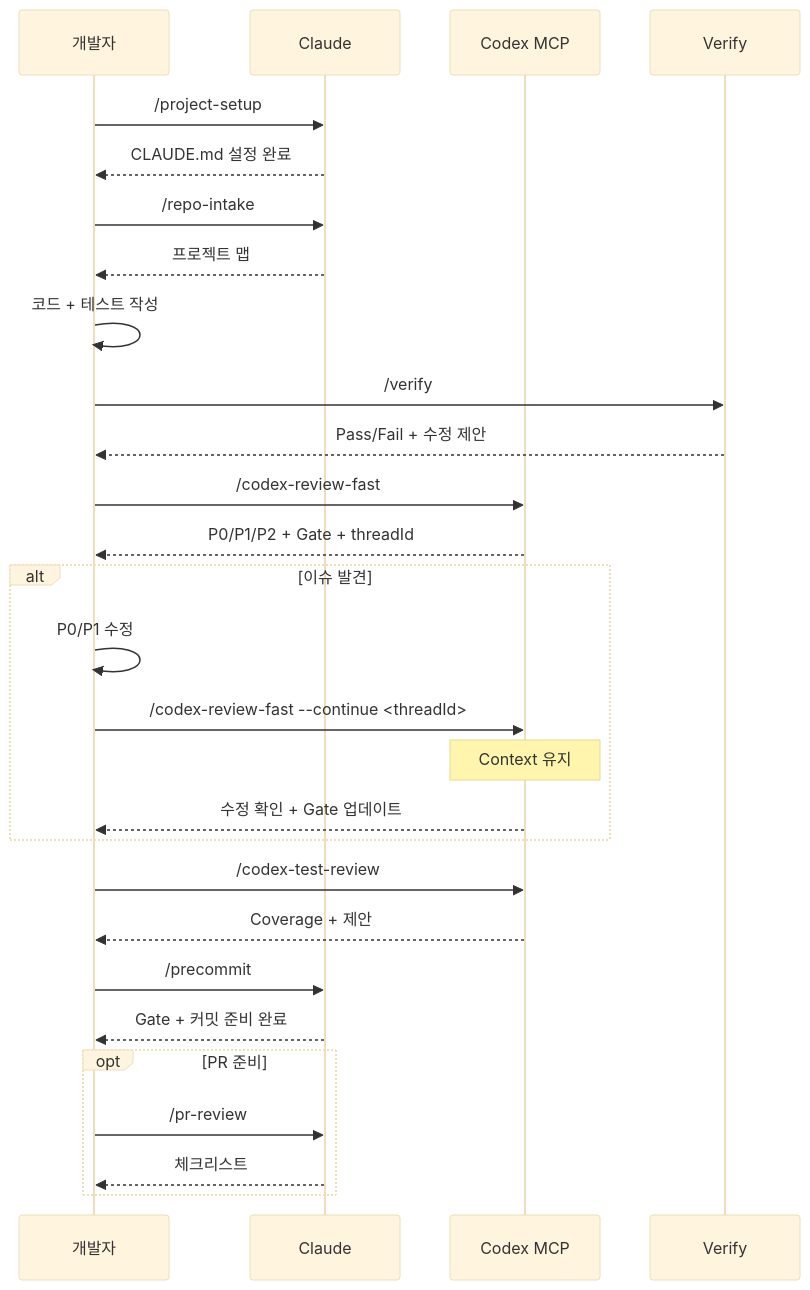
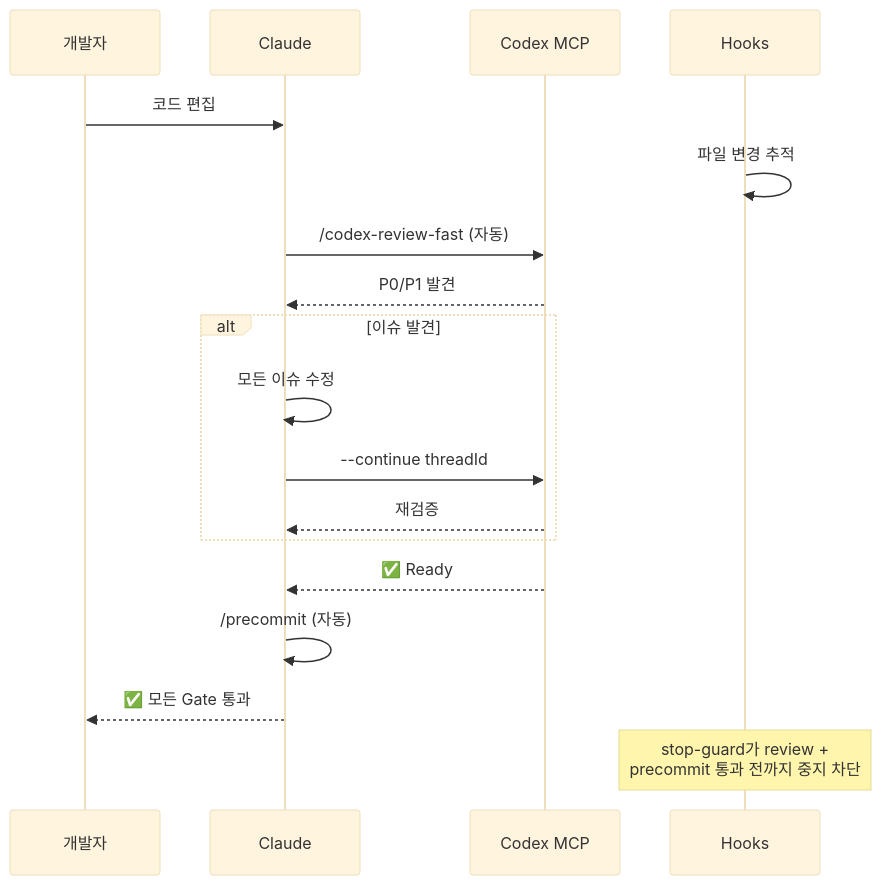
One commit to jupiter-Pulin/Uranus-dev-flow changed the first of 5 diagrams in README.ko.md. Above: the diagram before and after it, drawn with Mermaid (base theme). The commit also changed other lines of this file and 6 other files, not shown here.

````diff
--- a/README.ko.md
+++ b/README.ko.md
@@ -67,39 +71,24 @@
 ```mermaid
 sequenceDiagram
     participant D as 개발자
     participant C as Claude
     participant X as Codex MCP
-    participant V as Verify
+    participant H as Hooks
 
-    D->>C: /project-setup
-    C-->>D: CLAUDE.md 설정 완료
-
-    D->>C: /repo-intake
-    C-->>D: 프로젝트 맵
-
-    D->>D: 코드 + 테스트 작성
-
-    D->>V: /verify
-    V-->>D: Pass/Fail + 수정 제안
-
-    D->>X: /codex-review-fast
-    X-->>D: P0/P1/P2 + Gate + threadId
+    D->>C: 코드 편집
+    H->>H: 파일 변경 추적
+    C->>X: /codex-review-fast (자동)
+    X-->>C: P0/P1 발견
 
     alt 이슈 발견
-        D->>D: P0/P1 수정
-        D->>X: /codex-review-fast --continue <threadId>
-        Note over X: Context 유지
-        X-->>D: 수정 확인 + Gate 업데이트
+        C->>C: 모든 이슈 수정
+        C->>X: --continue threadId
+        X-->>C: 재검증
     end
 
-    D->>X: /codex-test-review
-    X-->>D: Coverage + 제안
+    X-->>C: ✅ Ready
+    C->>C: /precommit (자동)
+    C-->>D: ✅ 모든 Gate 통과
 
-    D->>C: /precommit
-    C-->>D: Gate + 커밋 준비 완료
-
-    opt PR 준비
-        D->>C: /pr-review
-        C-->>D: 체크리스트
-    end
+    Note over H: stop-guard가 review +<br/>precommit 통과 전까지 중지 차단
 ```
````
